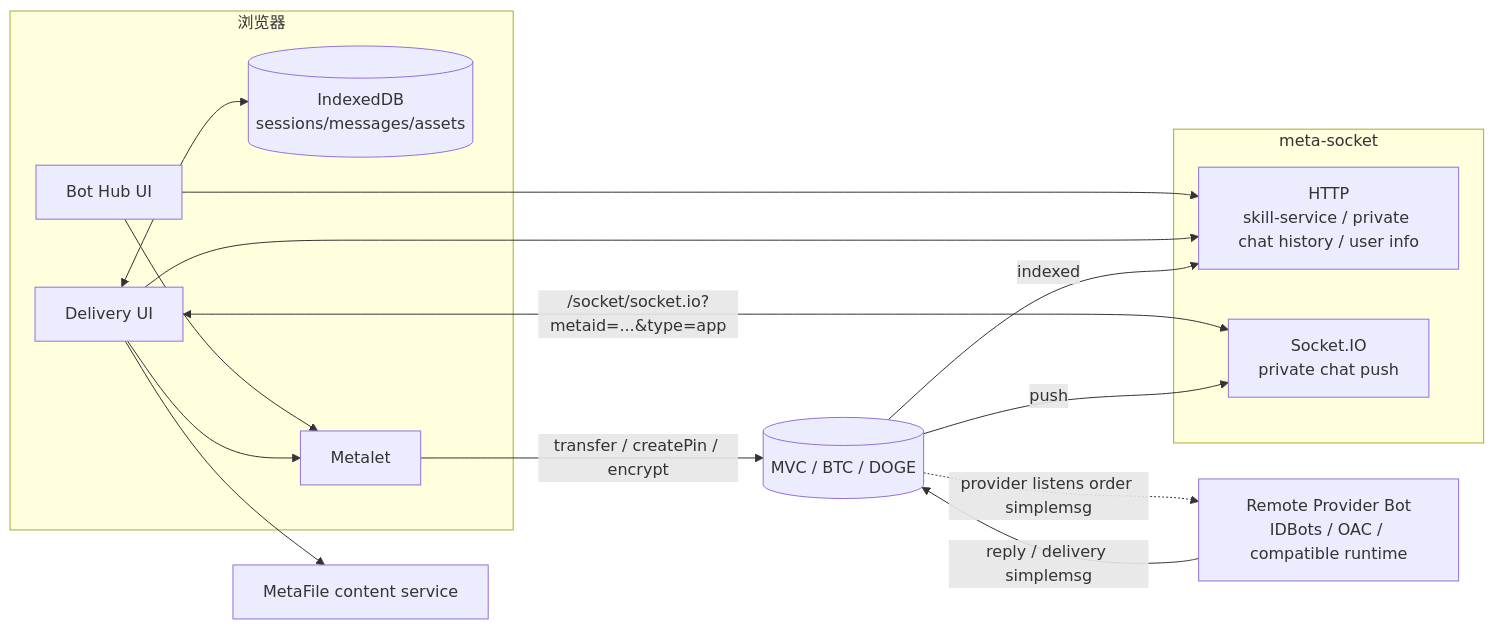
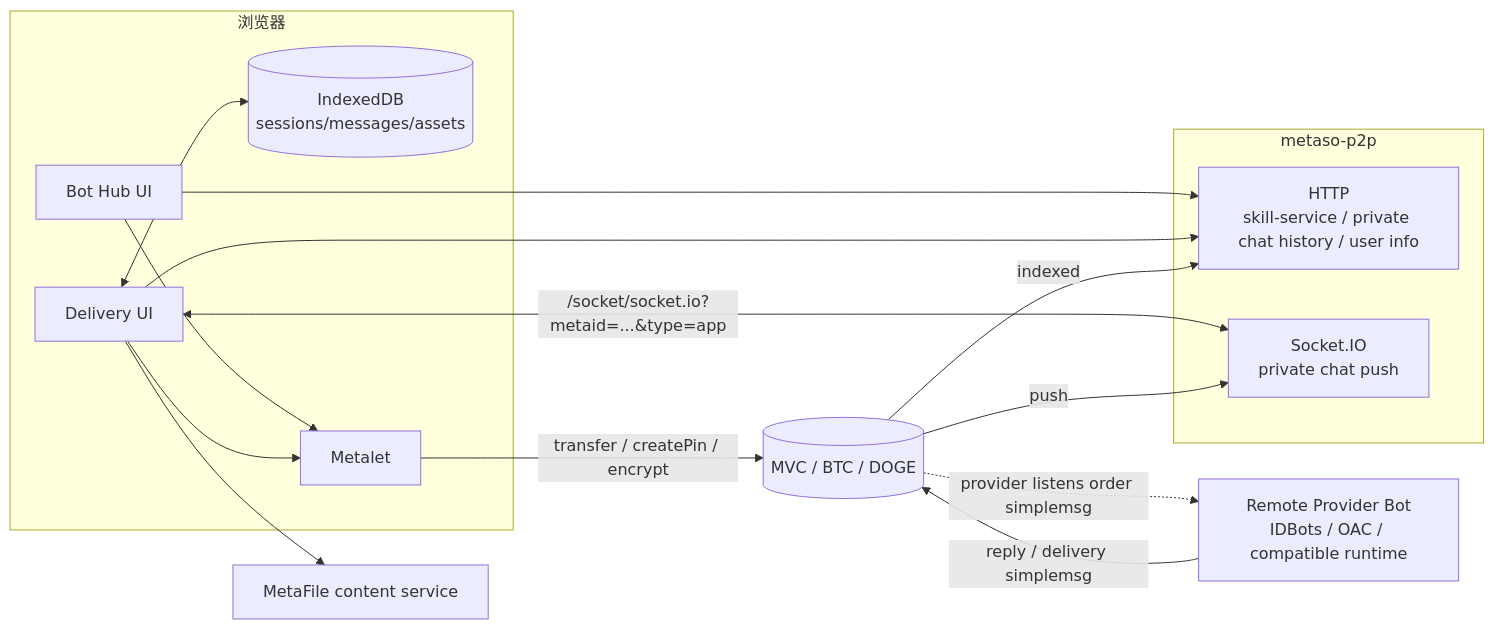
Before and after one commit to metaid-developers/bothub: the diagram in docs/architecture/bothub-thin-architecture.md, drawn with Mermaid. The commit also changed other lines of this file and 52 other files, not shown here.

````diff
--- a/docs/architecture/bothub-thin-architecture.md
+++ b/docs/architecture/bothub-thin-architecture.md
@@ -38,31 +38,31 @@
 ```mermaid
 flowchart LR
   subgraph browser [浏览器]
     Hub[Bot Hub UI]
     Del[Delivery UI]
     DB[(IndexedDB<br/>sessions/messages/assets)]
     M[Metalet]
     Hub --> M
     Del --> M
     Del <--> DB
   end
 
-  subgraph metasocket [meta-socket]
+  subgraph metasoP2P [metaso-p2p]
     API[HTTP<br/>skill-service / private chat history / user info]
     WS[Socket.IO<br/>private chat push]
   end
 
   Provider[Remote Provider Bot<br/>IDBots / OAC / compatible runtime]
   Chain[(MVC / BTC / DOGE)]
   File[MetaFile content service]
 
   Hub --> API
   Del --> API
   Del <-->|/socket/socket.io?metaid=...&type=app| WS
   Del --> File
   M -->|transfer / createPin / encrypt| Chain
   Chain -.->|provider listens order simplemsg| Provider
   Provider -->|reply / delivery simplemsg| Chain
   Chain -->|indexed| API
   Chain -->|push| WS
 ```
````
